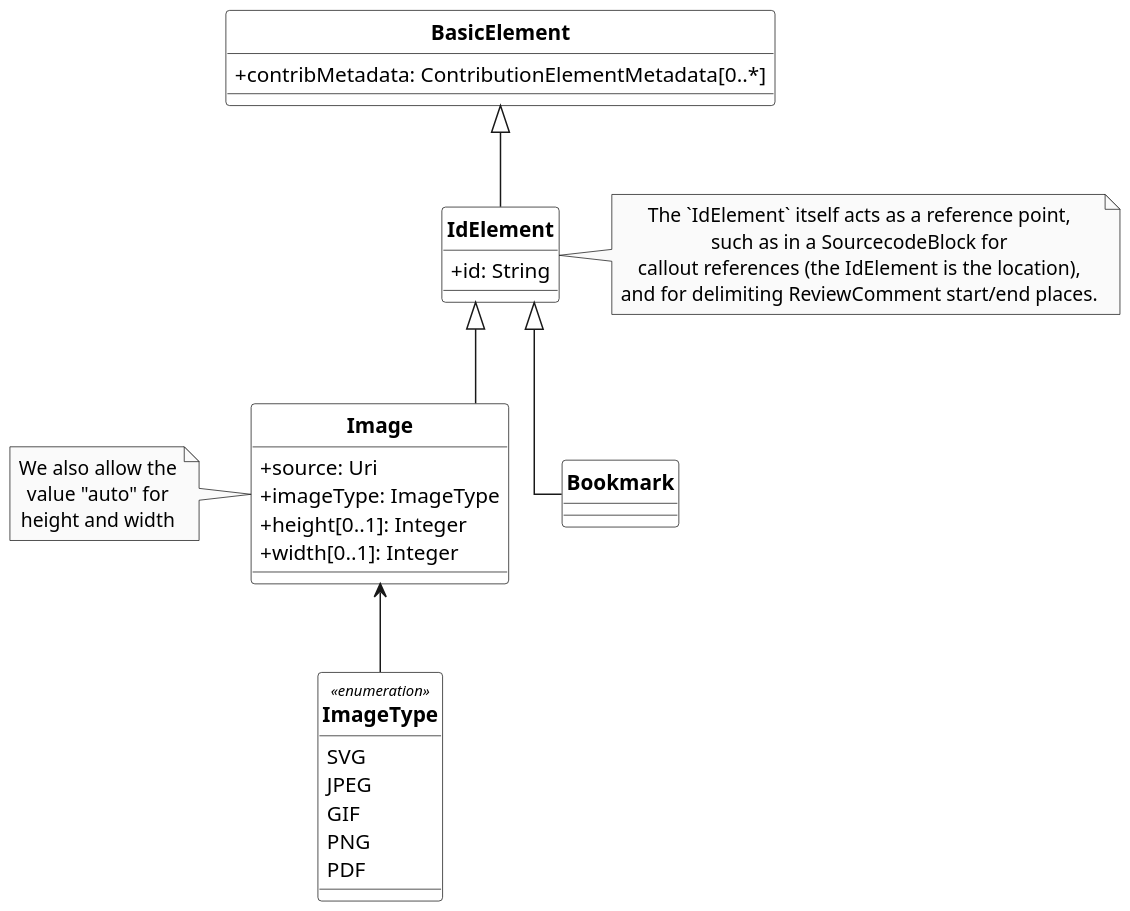
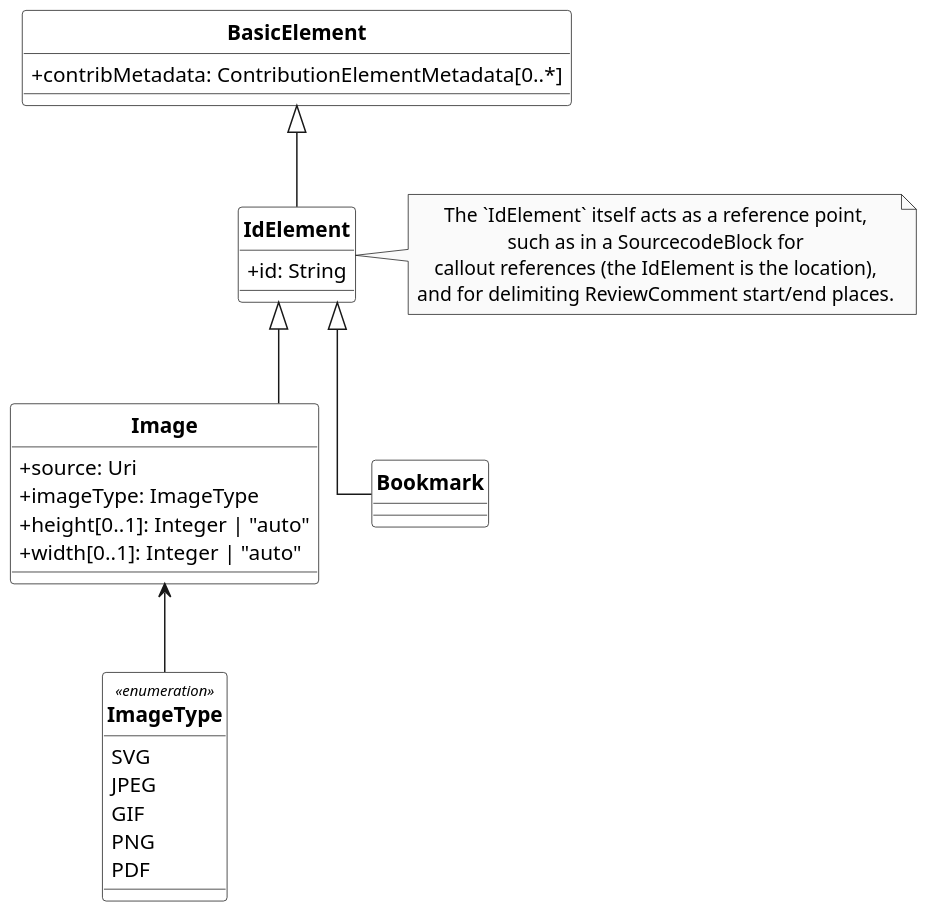
Before and after one commit to CalConnect/csd-standard-doc: the diagram in basicdoc_uml/IdElements.wsd, drawn with PlantUML. The commit also changed 2 other files, not shown here.

```diff
--- a/basicdoc_uml/IdElements.wsd
+++ b/basicdoc_uml/IdElements.wsd
@@ -1,161 +1,160 @@
 @startuml IdElements
 /'
 Diagram:        IdElements
 DateCreate:     28/07/2018
 Description:    BasicDocument / SecureDoc is a family of document models that forms the basis of Metanorma IsoDoc (via Metanorma StandardDocument), which is used to represent ISO Standards and similarly structured standards.
                 It is also the document model that Selagraph operates on.
                 The Relaton Bibliography UML models used in these models are located here: Relaton BibModels.
                 BasicDocument itself is a document model that can serve as a transit data structure for document conversion, such as taking input from AsciiDoc or Markdown and converting them into an output format, such as Metanorma IsoDoc
 
 Hystory of changes:
 > 22/08/2018
     - diagram configuration updated
     - new classes are added "Bookmark"
     - classes are removed/commented "Figure", "Subfigure", "List", "UnorderedList", "DefinitionList", "OrderedList", "Definition"
     - enumerations are removed/commented "OrderedListType"
     - notes are added for "Image"
     - some of the relations between the elements are updated
 '/
 
 '******* CONFIGURATION ************************************************
 skinparam classAttributeIconSize 0
 skinparam Dpi 150
 skinparam Monochrome true
 skinparam LineType ortho
 hide circle
 /' skinparam CircledCharacterRadius 0 '/
 /' skinparam CircledCharacterFontSize 0 '/
 skinparam Default {
 TextAlignment center
 FontName Helvetica
 }
 skinparam Class {
 AttributeIconSize 0
 BackgroundColor White
 FontStyle bold
 StereotypeFontSize 10
 }
 skinparam Rectangle {
 BackgroundColor White
 FontStyle bold
 FontSize 11
 StereotypeFontSize 10
 }
 skinparam Object {
 BackgroundColor White
 FontStyle bold
 FontSize 11
 StereotypeFontSize 10
 }
 
 skinparam Entity {
 StereotypeFontSize 10
 }
 
 
 '******* CLASS DEFINITION *********************************************
 class BasicElement {
     +contribMetadata: ContributionElementMetadata[0..*]
 }
 
 class IdElement{
     +id: String
 }
 
 class Image{
     +source: Uri
     +imageType: ImageType
-    +height[0..1]: Integer
-    +width[0..1]: Integer
+    +height[0..1]: Integer | "auto"
+    +width[0..1]: Integer | "auto"
 }
 
 class Bookmark{
 
 }
 
 /'
 class Figure{
     +source: String[0..1]
     +name: LocalizedString[0..1]
     +note: ParagraphWithFootnote[0..*]
     +figure: Subfigure[0..*]
     +definitions: DefinitionList[0..1]
     +image: Image[0..1]
     +footnotes: ReferenceToldWithParagraphElement[0..*]
 }
 
 class Subfigure{
     
 }
 
 class List{
     +listItem
 }
 
 class UnorderedList{
     +listItem: ParagraphWithFootnote[0..*]
 }
 
 class DefinitionList{
     +listItem: Definition[0..*]
 }
 
 class OrderedList{
     +type: OrderedListType
 }
 
 class Definition{
     +term: LocalizedString
     +definition: ParagraphWithFootnote[0..*]
 }
 '/
 
 enum ImageType <<enumeration>>{
     SVG
     JPEG
     GIF
     PNG
     PDF
 }
 
 /'
 enum OrderedListType <<enumeration>>{
     roman
     alphabet
     arabic
     roman_upper
     alphabet_upper    
 }
 '/
 
 '******* NOTES *******************************************************
 note right of IdElement : The `IdElement` itself acts as a reference point,\nsuch as in a SourcecodeBlock for\ncallout references (the IdElement is the location),\nand for delimiting ReviewComment start/end places.
-note left of Image : We also allow the\nvalue "auto" for\nheight and width
 'note bottom of Subfigure : Subfigures and images\nonly occur within figures
 
 '******* CLASS RELATIONS *********************************************
 BasicElement <|-- IdElement
 
 IdElement <|-- Image
 IdElement <|-- Bookmark
 
 Image <-- ImageType
 
 
 /'
 IdElement <|-- Figure
 IdElement <|-- List
 
 Figure <|-- Subfigure
 
 List <|-- UnorderedList
 List <|-- DefinitionList
 
 DefinitionList <-- Definition
 
 UnorderedList <|-- OrderedList
 
 OrderedList <-- OrderedListType
 '/
 
 @enduml
```
